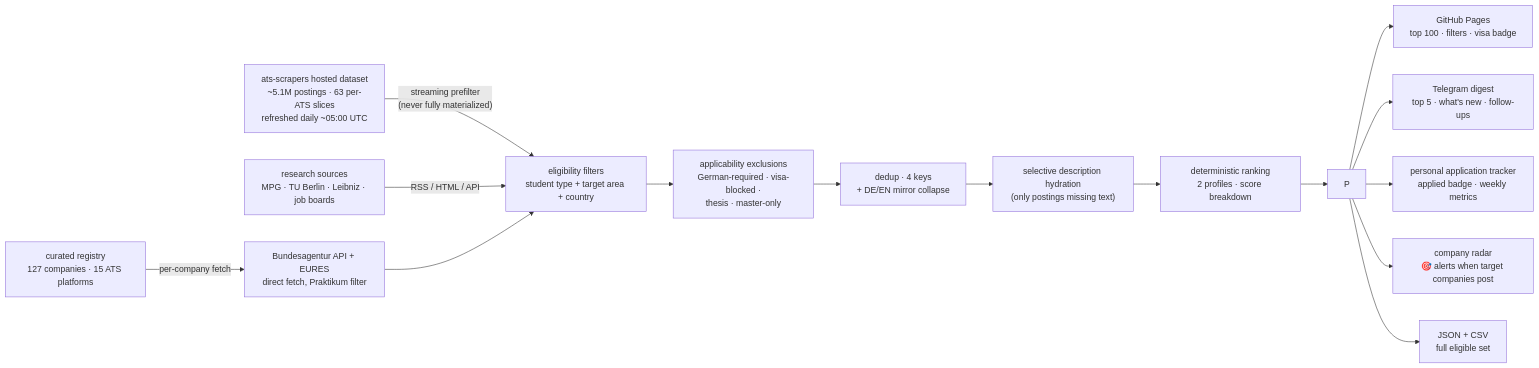
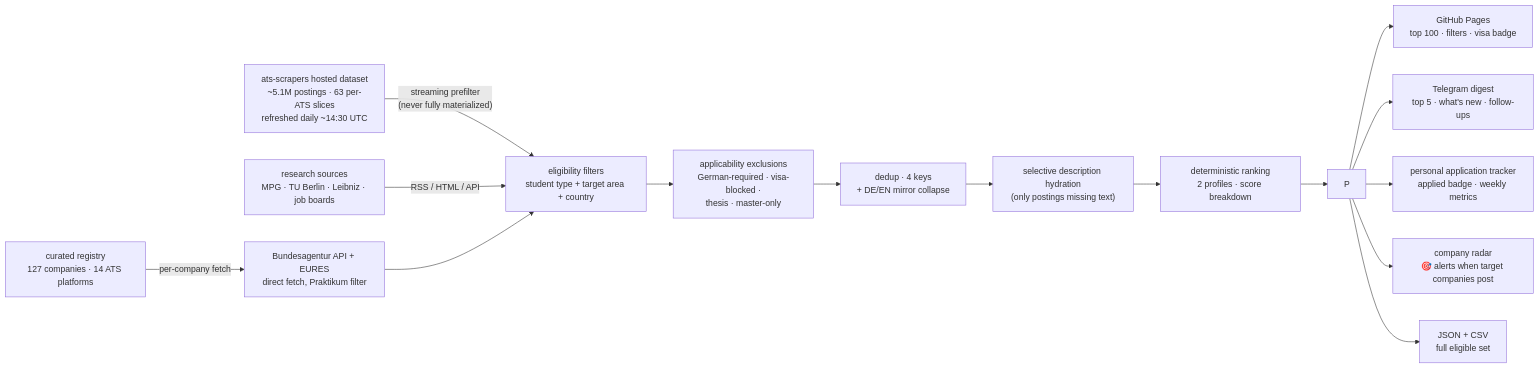
The diagram in README.md (rios-vini/internship-finder), drawn with Mermaid before and after one commit. The commit also changed other lines of this file and 8 other files, not shown here.

````diff
--- a/README.md
+++ b/README.md
@@ -57,17 +57,17 @@
 ```mermaid
 flowchart LR
-    DS["ats-scrapers hosted dataset<br/>~5.1M postings · 63 per-ATS slices<br/>refreshed daily ~05:00 UTC"] -->|"streaming prefilter<br/>(never fully materialized)"| F
-    RG["curated registry<br/>127 companies · 15 ATS platforms"] -->|"per-company fetch"| BA["Bundesagentur API + EURES<br/>direct fetch, Praktikum filter"]
+    DS["ats-scrapers hosted dataset<br/>~5.1M postings · 63 per-ATS slices<br/>refreshed daily ~14:30 UTC"] -->|"streaming prefilter<br/>(never fully materialized)"| F
+    RG["curated registry<br/>127 companies · 14 ATS platforms"] -->|"per-company fetch"| BA["Bundesagentur API + EURES<br/>direct fetch, Praktikum filter"]
     RS["research sources<br/>MPG · TU Berlin · Leibniz · job boards"] -->|"RSS / HTML / API"| F
     BA --> F
     F["eligibility filters<br/>student type + target area + country"] --> A
     A["applicability exclusions<br/>German-required · visa-blocked ·<br/>thesis · master-only"] --> D
     D["dedup · 4 keys<br/>+ DE/EN mirror collapse"] --> H
     H["selective description hydration<br/>(only postings missing text)"] --> R
     R["deterministic ranking<br/>2 profiles · score breakdown"] --> P
     P --> GH["GitHub Pages<br/>top 100 · filters · visa badge"]
     P --> TG["Telegram digest<br/>top 5 · what's new · follow-ups"]
     P --> TR["personal application tracker<br/>applied badge · weekly metrics"]
     P --> CO["company radar<br/>🎯 alerts when target companies post"]
     P --> JS["JSON + CSV<br/>full eligible set"]
 ```
````
